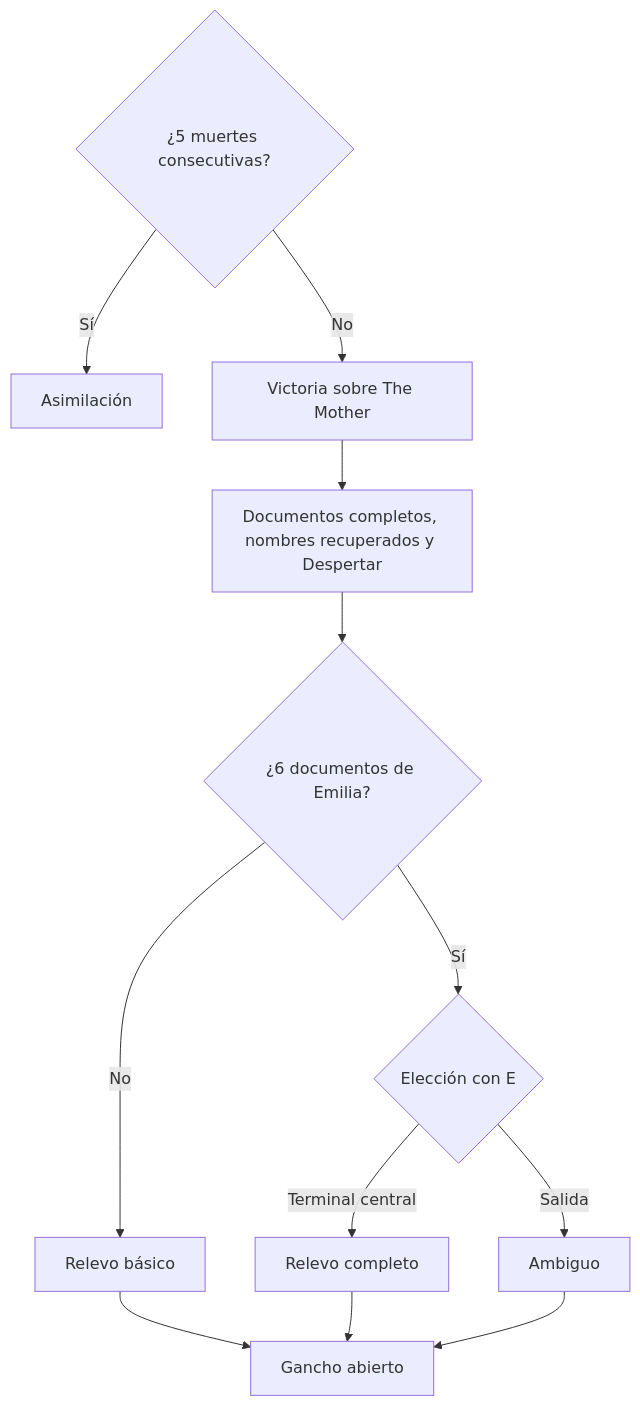
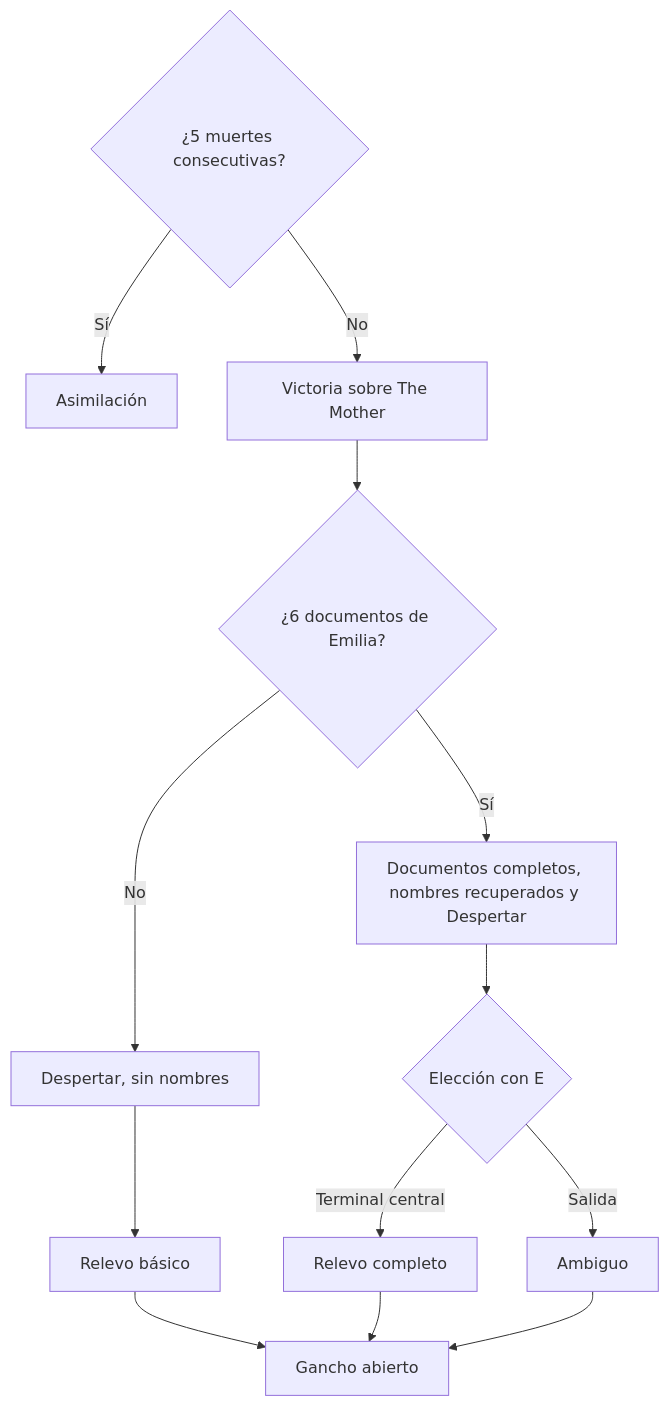
One commit to ChristianC720/survivalHorror-Demo changed the diagram in GDD/03 - Historia y Mundo/01 - Premisa y Trama.md. Above: the diagram before and after it, drawn with Mermaid. The commit also changed other lines of this file and 19 other files, not shown here.

````diff
--- a/GDD/03 - Historia y Mundo/01 - Premisa y Trama.md
+++ b/GDD/03 - Historia y Mundo/01 - Premisa y Trama.md
@@ -107,14 +120,15 @@
 ```mermaid
 flowchart TD
     C{¿5 muertes consecutivas?} -->|Sí| A[Asimilación]
     C -->|No| V[Victoria sobre The Mother]
-    V --> D[Documentos completos, nombres recuperados y Despertar]
-    D --> E{¿6 documentos de Emilia?}
-    E -->|No| RB[Relevo básico]
-    E -->|Sí| X{Elección con E}
+    V --> E{¿6 documentos de Emilia?}
+    E -->|No| DN[Despertar, sin nombres]
+    DN --> RB[Relevo básico]
+    E -->|Sí| D[Documentos completos, nombres recuperados y Despertar]
+    D --> X{Elección con E}
     X -->|Terminal central| RC[Relevo completo]
     X -->|Salida| AM[Ambiguo]
     RB --> G[Gancho abierto]
     RC --> G
     AM --> G
 ```
````
